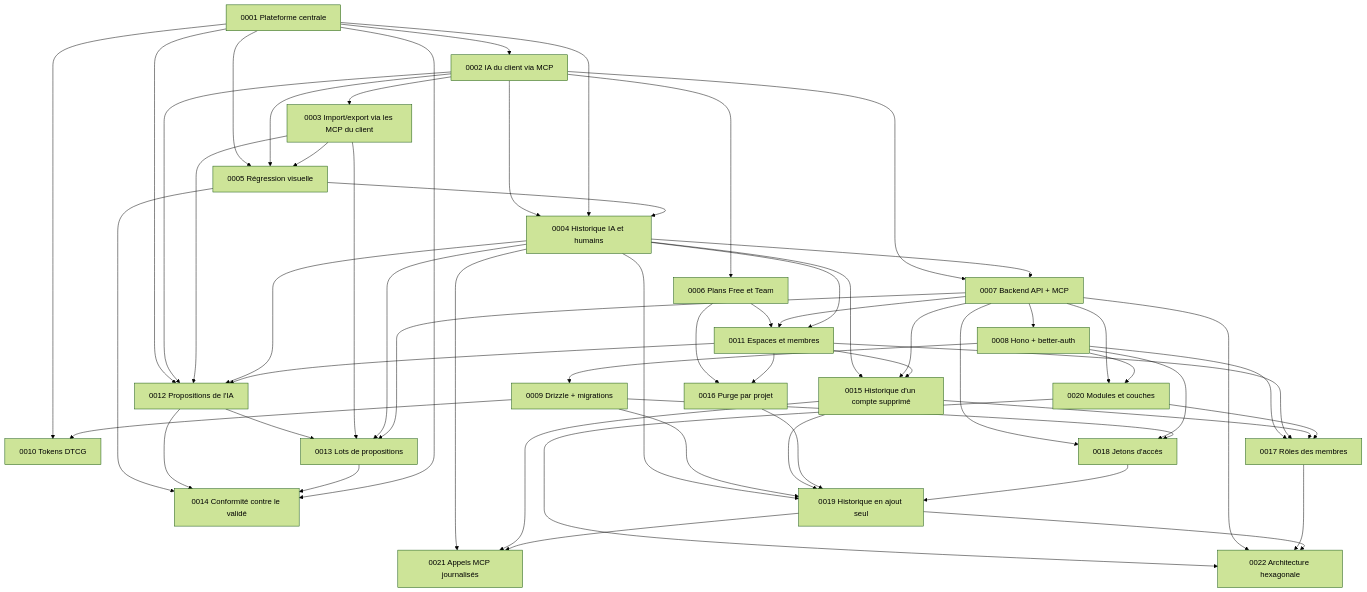
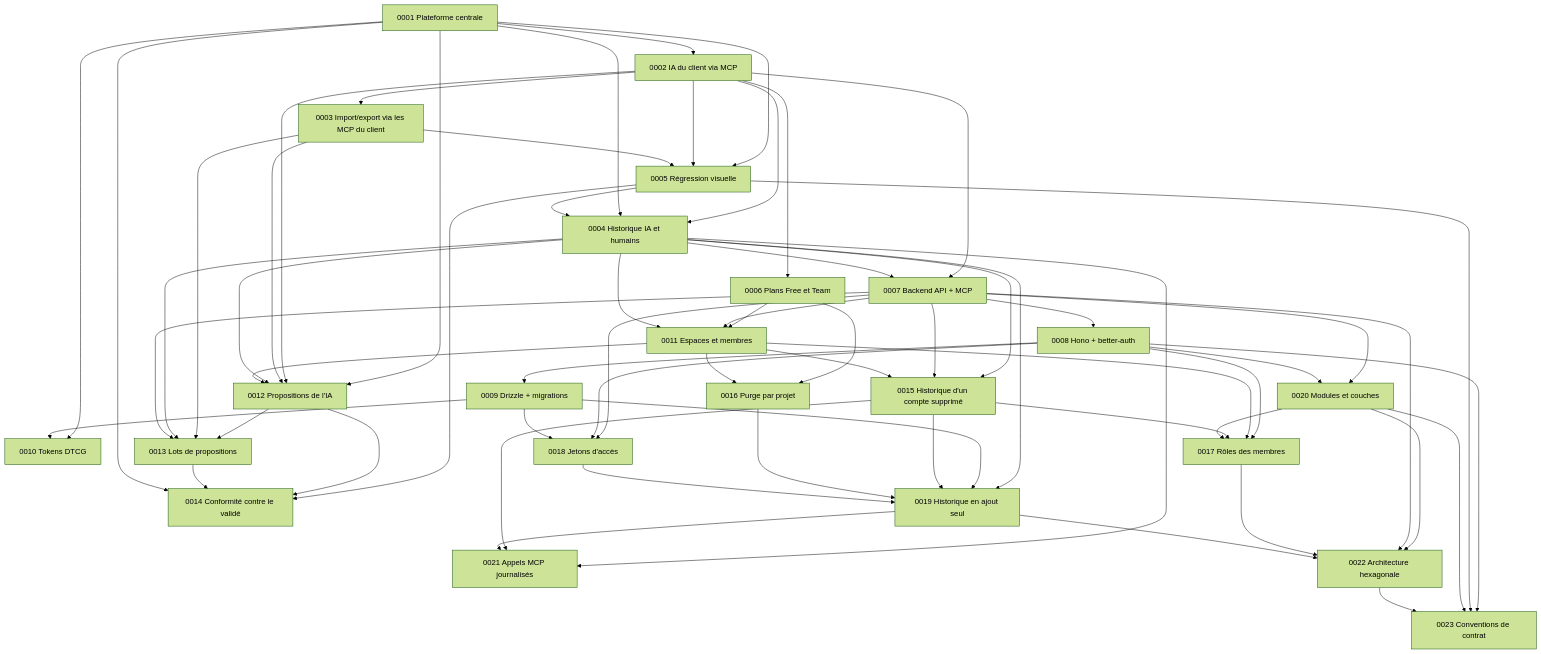
Before and after one commit to Muhammed21/dezyn: the diagram in docs/adr/README.md, drawn with Mermaid (forest theme). The commit also changed other lines of this file and 4 other files, not shown here.

````diff
--- a/docs/adr/README.md
+++ b/docs/adr/README.md
@@ -34,60 +35,64 @@
 ```mermaid
 graph TD
   0001[0001 Plateforme centrale] --> 0002[0002 IA du client via MCP]
   0002 --> 0003[0003 Import/export via les MCP du client]
   0002 --> 0004[0004 Historique IA et humains]
   0001 --> 0004
   0001 --> 0005[0005 Régression visuelle]
   0002 --> 0005
   0003 --> 0005
   0005 --> 0004
   0002 --> 0006[0006 Plans Free et Team]
   0002 --> 0007[0007 Backend API + MCP]
   0004 --> 0007
   0007 --> 0008[0008 Hono + better-auth]
   0008 --> 0009[0009 Drizzle + migrations]
   0001 --> 0010[0010 Tokens DTCG]
   0009 --> 0010
   0006 --> 0011[0011 Espaces et membres]
   0007 --> 0011
   0004 --> 0011
   0001 --> 0012[0012 Propositions de l'IA]
   0002 --> 0012
   0003 --> 0012
   0004 --> 0012
   0011 --> 0012
   0012 --> 0013[0013 Lots de propositions]
   0003 --> 0013
   0004 --> 0013
   0007 --> 0013
   0005 --> 0014[0014 Conformité contre le validé]
   0012 --> 0014
   0013 --> 0014
   0001 --> 0014
   0004 --> 0015[0015 Historique d'un compte supprimé]
   0007 --> 0015
   0011 --> 0015
   0006 --> 0016[0016 Purge par projet]
   0011 --> 0016
   0008 --> 0017[0017 Rôles des membres]
   0011 --> 0017
   0015 --> 0017
   0007 --> 0018[0018 Jetons d'accès]
   0008 --> 0018
   0009 --> 0018
   0004 --> 0019[0019 Historique en ajout seul]
   0009 --> 0019
   0015 --> 0019
   0016 --> 0019
   0018 --> 0019
   0007 --> 0020[0020 Modules et couches]
   0008 --> 0020
   0020 --> 0017
   0004 --> 0021[0021 Appels MCP journalisés]
   0015 --> 0021
   0019 --> 0021
   0020 --> 0022[0022 Architecture hexagonale]
   0007 --> 0022
   0017 --> 0022
   0019 --> 0022
+  0008 --> 0023[0023 Conventions de contrat]
+  0005 --> 0023
+  0020 --> 0023
+  0022 --> 0023
 ```
````
